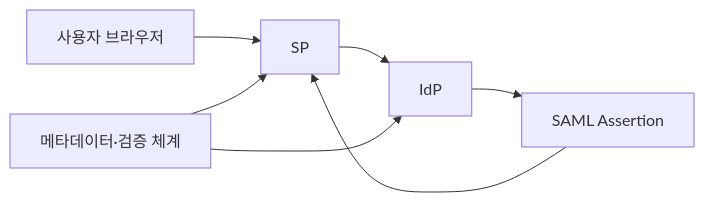
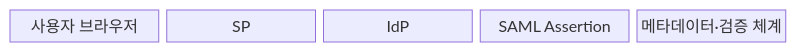
The first of 2 diagrams in src/content/docs/notes/05-security/058_saml.md (agnusdei1207/knowledge-base), drawn with Mermaid before and after one commit. The commit also changed other lines of this file and 11 other files, not shown here.

````diff
--- a/src/content/docs/notes/05-security/058_saml.md
+++ b/src/content/docs/notes/05-security/058_saml.md
@@ -58,9 +60,9 @@
 ```mermaid
-flowchart LR
-    A[사용자 브라우저] --> B[SP]
-    B --> C[IdP]
-    C --> D[SAML Assertion]
-    D --> B
-    E[메타데이터·검증 체계] --> B
-    E --> C
+block-beta
+  columns 5
+  A["사용자 브라우저"]
+  B["SP"]
+  C["IdP"]
+  D["SAML Assertion"]
+  E["메타데이터·검증 체계"]
 ```
````
